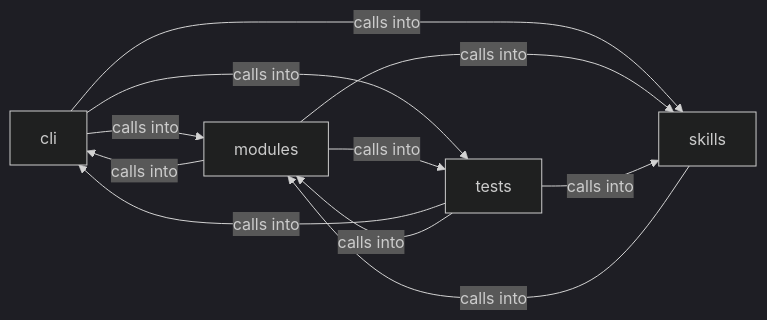
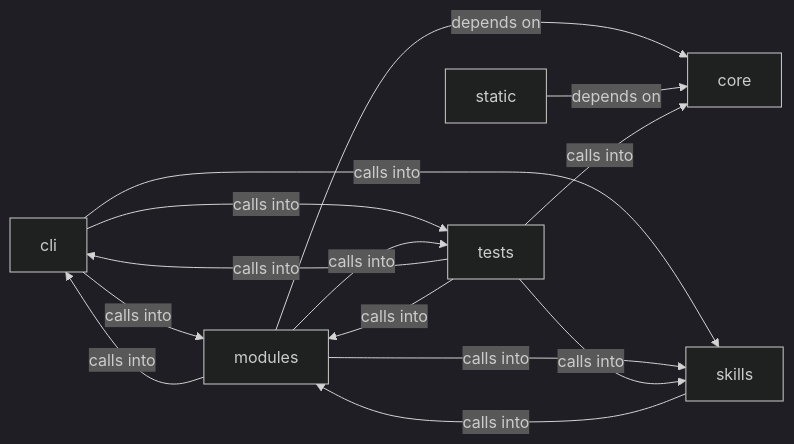
The diagram in readmenator-diagrams/modules_lazyown_facts.md (grisuno/LazyOwn), drawn with Mermaid (dark theme) before and after one commit. The commit also changed other lines of this file and 161 other files, not shown here.

````diff
--- a/readmenator-diagrams/modules_lazyown_facts.md
+++ b/readmenator-diagrams/modules_lazyown_facts.md
@@ -5,17 +5,22 @@
 ```mermaid
 graph LR
     cli["cli"]
+    core["core"]
     modules["modules"]
     skills["skills"]
+    static["static"]
     tests["tests"]
     cli -- "calls into" --> modules
     cli -- "calls into" --> skills
     cli -- "calls into" --> tests
     modules -- "calls into" --> cli
+    modules -- "depends on" --> core
     modules -- "calls into" --> skills
     modules -- "calls into" --> tests
     skills -- "calls into" --> modules
+    static -- "depends on" --> core
     tests -- "calls into" --> cli
+    tests -- "calls into" --> core
     tests -- "calls into" --> modules
     tests -- "calls into" --> skills
 ```
````
